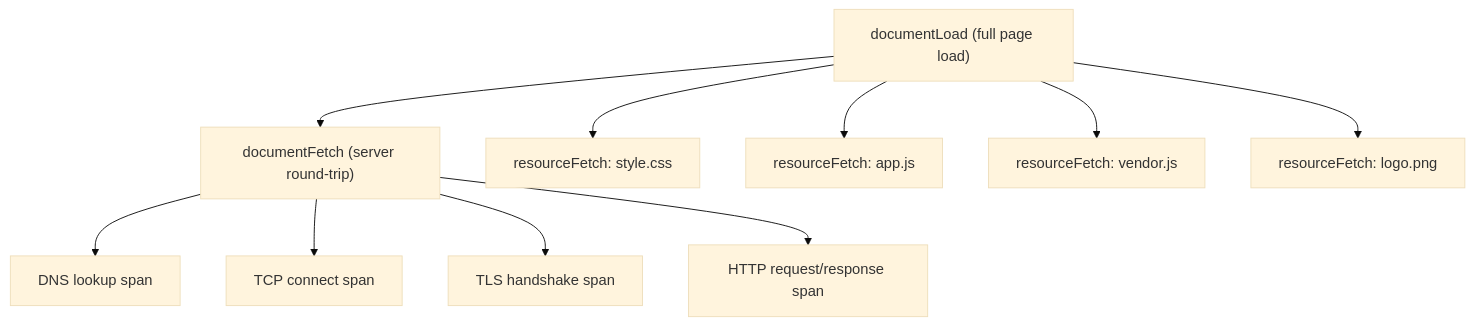
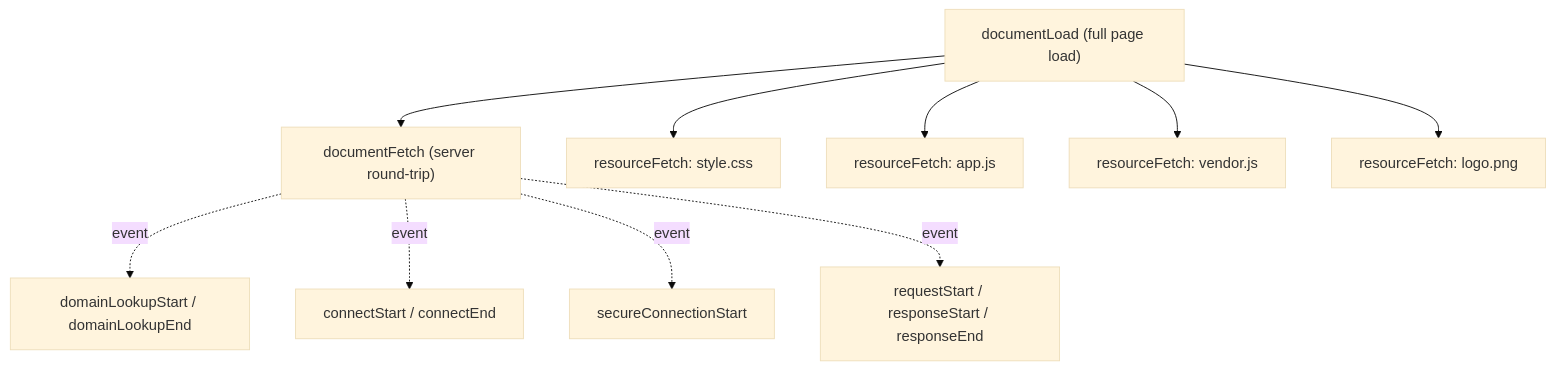
Before and after one commit to OneUptime/blog: the second of 3 diagrams in posts/2026-02-06-monitor-page-load-performance-ajax-calls-opentelemetry/README.md, drawn with Mermaid (base theme). The commit also changed other lines of this file and 2 other files, not shown here.

````diff
--- a/posts/2026-02-06-monitor-page-load-performance-ajax-calls-opentelemetry/README.md
+++ b/posts/2026-02-06-monitor-page-load-performance-ajax-calls-opentelemetry/README.md
@@ -105,12 +108,12 @@
 ```mermaid
 graph TD
     A["documentLoad (full page load)"] --> B["documentFetch (server round-trip)"]
     A --> C["resourceFetch: style.css"]
     A --> D["resourceFetch: app.js"]
     A --> E["resourceFetch: vendor.js"]
     A --> F["resourceFetch: logo.png"]
-    B --> G[DNS lookup span]
-    B --> H[TCP connect span]
-    B --> I[TLS handshake span]
-    B --> J[HTTP request/response span]
+    B -. event .-> G[domainLookupStart / domainLookupEnd]
+    B -. event .-> H[connectStart / connectEnd]
+    B -. event .-> I[secureConnectionStart]
+    B -. event .-> J[requestStart / responseStart / responseEnd]
 ```
````
